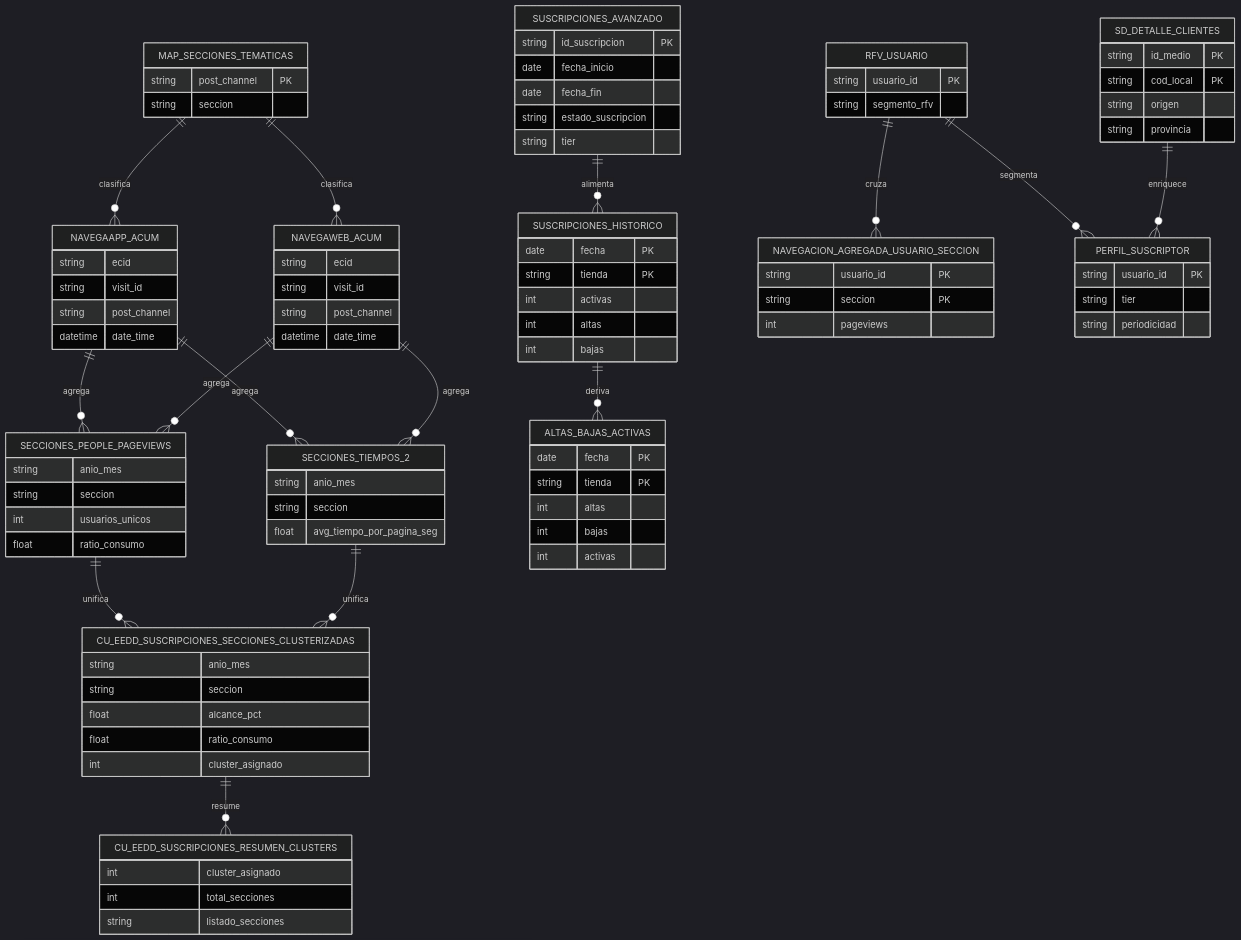
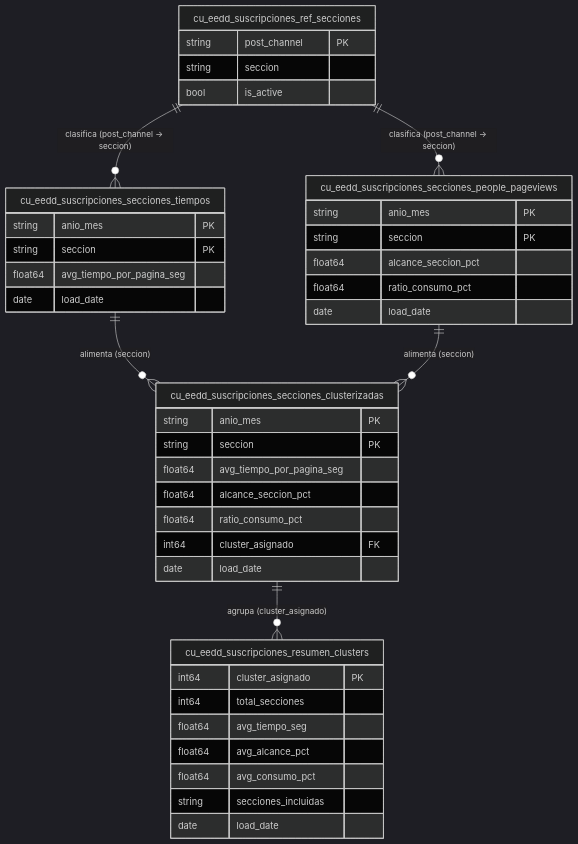
One commit to abayong-hiberuscom/docs-vocento-plataforma changed the first of 2 diagrams in docs/suscripciones/modelo-datos.md. Above: the diagram before and after it, drawn with Mermaid (dark theme). The commit also changed other lines of this file and 67 other files, not shown here.

Commit message:
docs: refactor documentation structures, align schemas to production BQ, and enhance UI navigation

````diff
--- a/docs/suscripciones/modelo-datos.md
+++ b/docs/suscripciones/modelo-datos.md
@@ -8,98 +16,45 @@
 ```mermaid
 erDiagram
-    MAP_SECCIONES_TEMATICAS {
+    cu_eedd_suscripciones_ref_secciones {
         string post_channel PK
         string seccion
+        bool is_active
     }
-    NAVEGAWEB_ACUM {
-        string ecid
-        string visit_id
-        string post_channel
-        datetime date_time
+    cu_eedd_suscripciones_secciones_tiempos {
+        string anio_mes PK
+        string seccion PK
+        float64 avg_tiempo_por_pagina_seg
+        date load_date
     }
-    NAVEGAAPP_ACUM {
-        string ecid
-        string visit_id
-        string post_channel
-        datetime date_time
+    cu_eedd_suscripciones_secciones_people_pageviews {
+        string anio_mes PK
+        string seccion PK
+        float64 alcance_seccion_pct
+        float64 ratio_consumo_pct
+        date load_date
     }
-    SECCIONES_TIEMPOS_2 {
-        string anio_mes
-        string seccion
-        float avg_tiempo_por_pagina_seg
+    cu_eedd_suscripciones_secciones_clusterizadas {
+        string anio_mes PK
+        string seccion PK
+        float64 avg_tiempo_por_pagina_seg
+        float64 alcance_seccion_pct
+        float64 ratio_consumo_pct
+        int64 cluster_asignado FK
+        date load_date
     }
-    SECCIONES_PEOPLE_PAGEVIEWS {
-        string anio_mes
-        string seccion
-        int usuarios_unicos
-        float ratio_consumo
-    }
-    CU_EEDD_SUSCRIPCIONES_SECCIONES_CLUSTERIZADAS {
-        string anio_mes
-        string seccion
-        float alcance_pct
-        float ratio_consumo
-        int cluster_asignado
-    }
-    CU_EEDD_SUSCRIPCIONES_RESUMEN_CLUSTERS {
-        int cluster_asignado
-        int total_secciones
-        string listado_secciones
-    }
-    SUSCRIPCIONES_AVANZADO {
-        string id_suscripcion PK
-        date fecha_inicio
-        date fecha_fin
-        string estado_suscripcion
-        string tier
-    }
-    SUSCRIPCIONES_HISTORICO {
-        date fecha PK
-        string tienda PK
-        int activas
-        int altas
-        int bajas
-    }
-    SD_DETALLE_CLIENTES {
-        string id_medio PK
-        string cod_local PK
-        string origen
-        string provincia
-    }
-    RFV_USUARIO {
-        string usuario_id PK
-        string segmento_rfv
-    }
-    NAVEGACION_AGREGADA_USUARIO_SECCION {
-        string usuario_id PK
-        string seccion PK
-        int pageviews
-    }
-    PERFIL_SUSCRIPTOR {
-        string usuario_id PK
-        string tier
-        string periodicidad
-    }
-    ALTAS_BAJAS_ACTIVAS {
-        date fecha PK
-        string tienda PK
-        int altas
-        int bajas
-        int activas
+    cu_eedd_suscripciones_resumen_clusters {
+        int64 cluster_asignado PK
+        int64 total_secciones
+        float64 avg_tiempo_seg
+        float64 avg_alcance_pct
+        float64 avg_consumo_pct
+        string secciones_incluidas
+        date load_date
     }
 
-    MAP_SECCIONES_TEMATICAS ||--o{ NAVEGAWEB_ACUM : clasifica
-    MAP_SECCIONES_TEMATICAS ||--o{ NAVEGAAPP_ACUM : clasifica
-    NAVEGAWEB_ACUM ||--o{ SECCIONES_TIEMPOS_2 : agrega
-    NAVEGAAPP_ACUM ||--o{ SECCIONES_TIEMPOS_2 : agrega
-    NAVEGAWEB_ACUM ||--o{ SECCIONES_PEOPLE_PAGEVIEWS : agrega
-    NAVEGAAPP_ACUM ||--o{ SECCIONES_PEOPLE_PAGEVIEWS : agrega
-    SECCIONES_TIEMPOS_2 ||--o{ CU_EEDD_SUSCRIPCIONES_SECCIONES_CLUSTERIZADAS : unifica
-    SECCIONES_PEOPLE_PAGEVIEWS ||--o{ CU_EEDD_SUSCRIPCIONES_SECCIONES_CLUSTERIZADAS : unifica
-    CU_EEDD_SUSCRIPCIONES_SECCIONES_CLUSTERIZADAS ||--o{ CU_EEDD_SUSCRIPCIONES_RESUMEN_CLUSTERS : resume
-    SUSCRIPCIONES_AVANZADO ||--o{ SUSCRIPCIONES_HISTORICO : alimenta
-    SUSCRIPCIONES_HISTORICO ||--o{ ALTAS_BAJAS_ACTIVAS : deriva
-    SD_DETALLE_CLIENTES ||--o{ PERFIL_SUSCRIPTOR : enriquece
-    RFV_USUARIO ||--o{ NAVEGACION_AGREGADA_USUARIO_SECCION : cruza
-    RFV_USUARIO ||--o{ PERFIL_SUSCRIPTOR : segmenta
+    cu_eedd_suscripciones_ref_secciones ||--o{ cu_eedd_suscripciones_secciones_tiempos : "clasifica (post_channel -> seccion)"
+    cu_eedd_suscripciones_ref_secciones ||--o{ cu_eedd_suscripciones_secciones_people_pageviews : "clasifica (post_channel -> seccion)"
+    cu_eedd_suscripciones_secciones_tiempos ||--o{ cu_eedd_suscripciones_secciones_clusterizadas : "alimenta (seccion)"
+    cu_eedd_suscripciones_secciones_people_pageviews ||--o{ cu_eedd_suscripciones_secciones_clusterizadas : "alimenta (seccion)"
+    cu_eedd_suscripciones_secciones_clusterizadas ||--o{ cu_eedd_suscripciones_resumen_clusters : "agrupa (cluster_asignado)"
 ```
````
